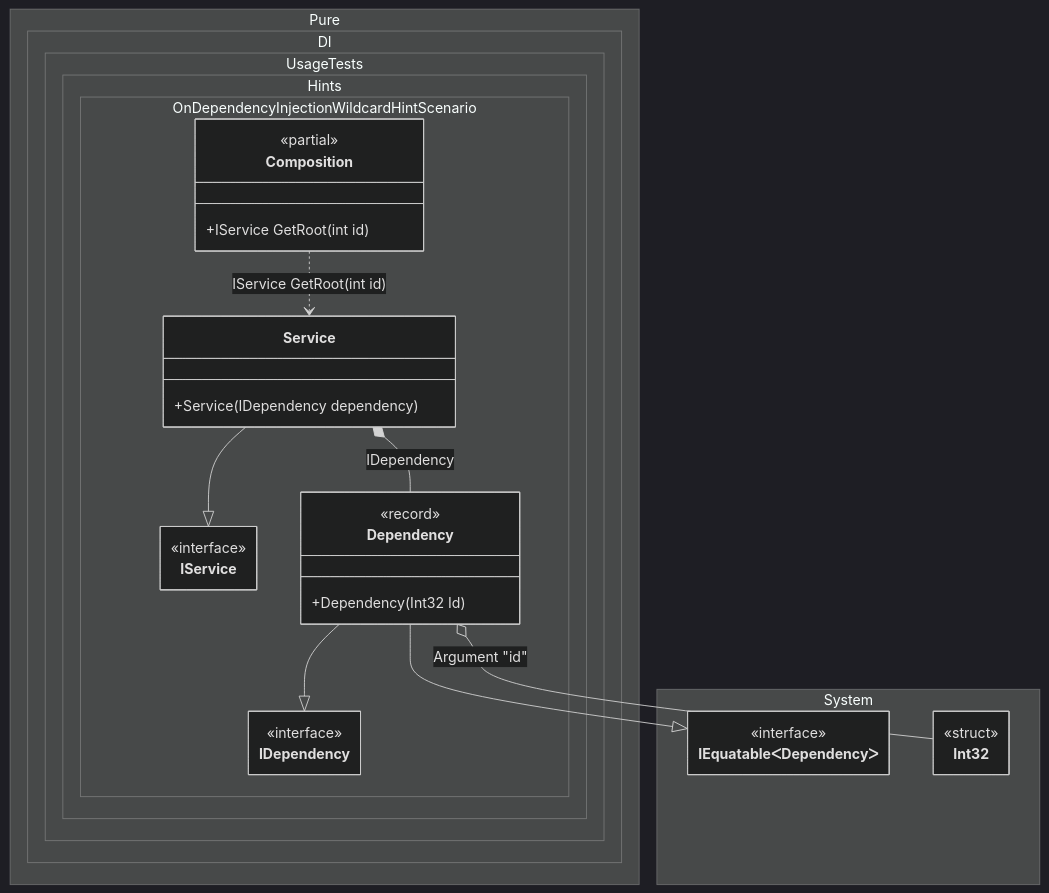
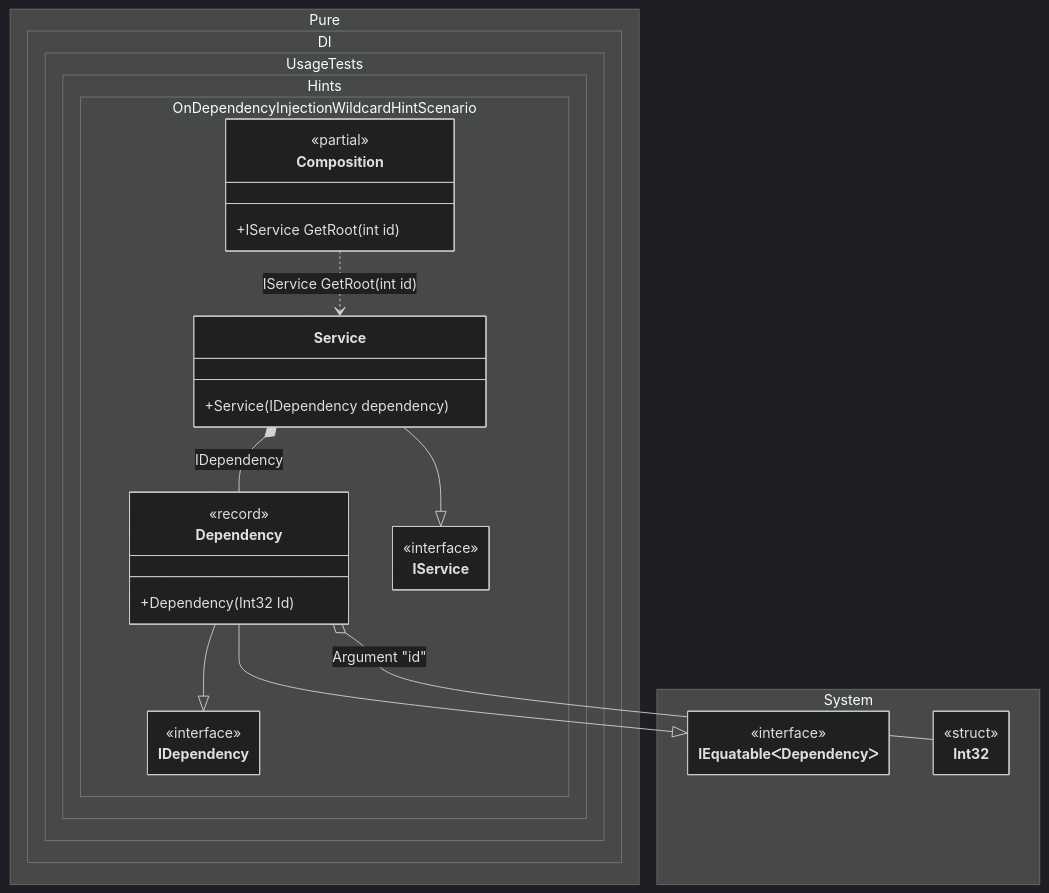
One commit to DevTeam/Pure.DI changed the diagram in readme/ondependencyinjection-wildcard-hint.md. Above: the diagram before and after it, drawn with Mermaid (dark theme). The commit also changed other lines of this file and 113 other files, not shown here.

````diff
--- a/readme/ondependencyinjection-wildcard-hint.md
+++ b/readme/ondependencyinjection-wildcard-hint.md
@@ -122,41 +122,41 @@
 ```mermaid
 ---
  config:
   class:
    hideEmptyMembersBox: true
 ---
 classDiagram
-	Service --|> IService
 	Dependency --|> IDependency
 	Dependency --|> IEquatableᐸDependencyᐳ
+	Service --|> IService
 	Composition ..> Service : IService GetRoot(int id)
+	Dependency o-- Int32 : Argument "id"
 	Service *--  Dependency : IDependency
-	Dependency o-- Int32 : Argument "id"
 	namespace Pure.DI.UsageTests.Hints.OnDependencyInjectionWildcardHintScenario {
 		class Composition {
 		<<partial>>
 		+IService GetRoot(int id)
 		}
 		class Dependency {
 				<<record>>
 			+Dependency(Int32 Id)
 		}
 		class IDependency {
 			<<interface>>
 		}
 		class IService {
 			<<interface>>
 		}
 		class Service {
 			+Service(IDependency dependency)
 		}
 	}
 	namespace System {
 		class IEquatableᐸDependencyᐳ {
 			<<interface>>
 		}
 		class Int32 {
 				<<struct>>
 		}
 	}
 ```
````
